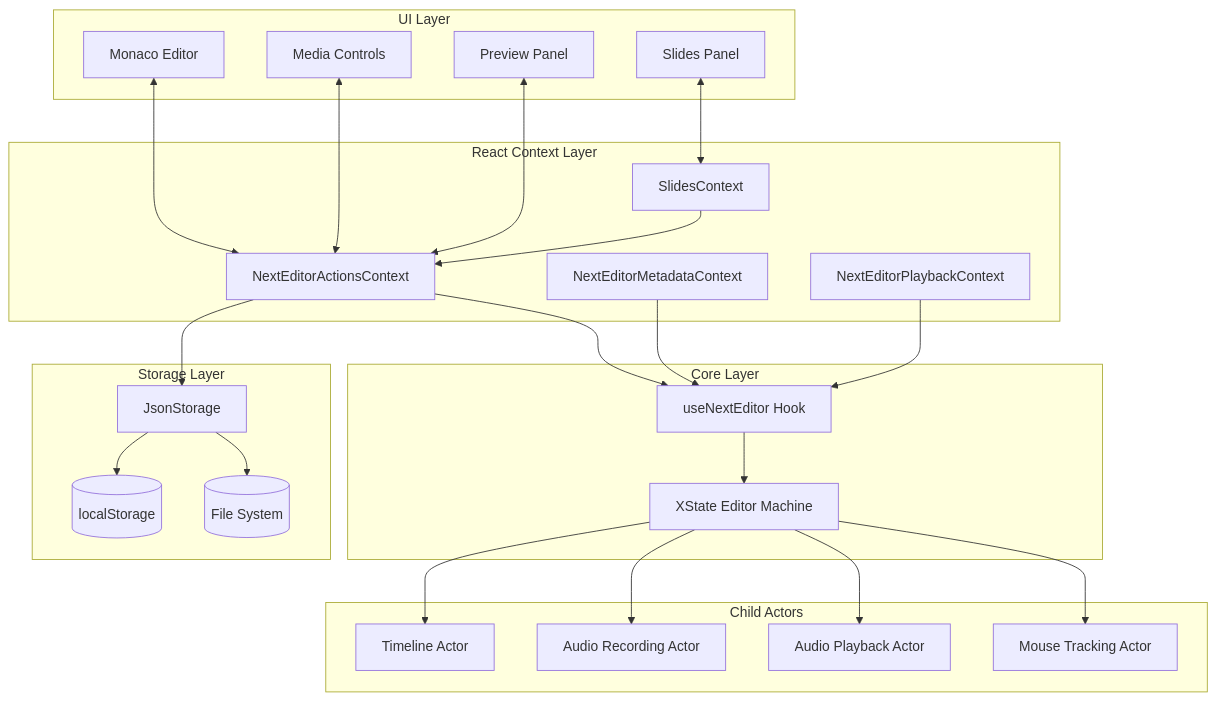
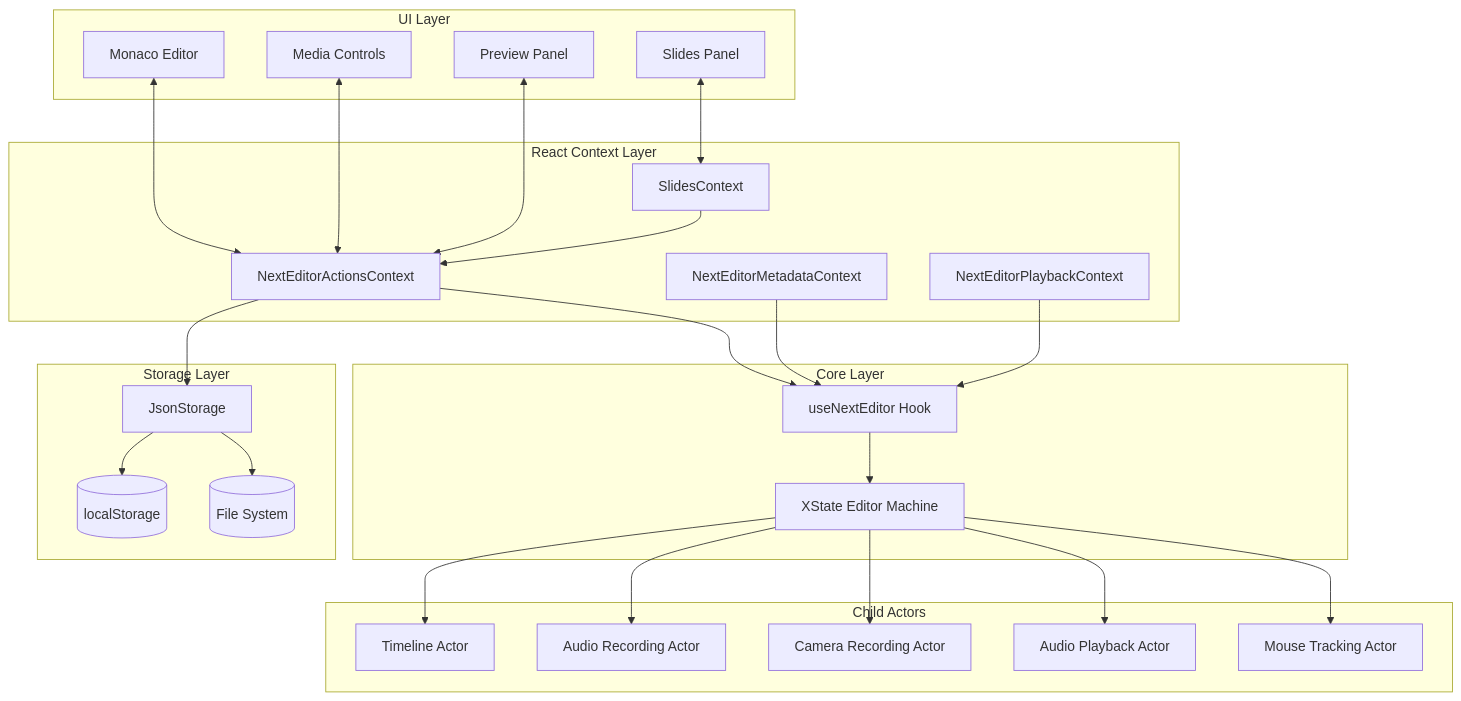
Before and after one commit to channyeintun/next-editor: the first of 6 diagrams in docs/data-flow.md, drawn with Mermaid. The commit also changed other lines of this file and 7 other files, not shown here.

Commit message:
Document camera recording support

````diff
--- a/docs/data-flow.md
+++ b/docs/data-flow.md
@@ -9,54 +9,56 @@
 ```mermaid
 flowchart TB
     subgraph UI["UI Layer"]
         Editor[Monaco Editor]
         Controls[Media Controls]
         Preview[Preview Panel]
         Slides[Slides Panel]
     end
 
     subgraph Context["React Context Layer"]
         NAC[NextEditorActionsContext]
         NMC[NextEditorMetadataContext]
         NPC[NextEditorPlaybackContext]
         SC[SlidesContext]
     end
 
     subgraph Core["Core Layer"]
         Hook[useNextEditor Hook]
         Machine[XState Editor Machine]
     end
 
     subgraph Actors["Child Actors"]
         Timeline[Timeline Actor]
         AudioRec[Audio Recording Actor]
+        CameraRec[Camera Recording Actor]
         AudioPlay[Audio Playback Actor]
         Mouse[Mouse Tracking Actor]
     end
 
     subgraph Storage["Storage Layer"]
         JsonStorage[JsonStorage]
         LocalStorage[(localStorage)]
         FileSystem[(File System)]
     end
 
     Editor <--> NAC
     Controls <--> NAC
     Preview <--> NAC
     Slides <--> SC
 
     NAC --> Hook
     NMC --> Hook
     NPC --> Hook
     SC --> NAC
 
     Hook --> Machine
     Machine --> Timeline
     Machine --> AudioRec
+    Machine --> CameraRec
     Machine --> AudioPlay
     Machine --> Mouse
 
     NAC --> JsonStorage
     JsonStorage --> LocalStorage
     JsonStorage --> FileSystem
 ```
````
